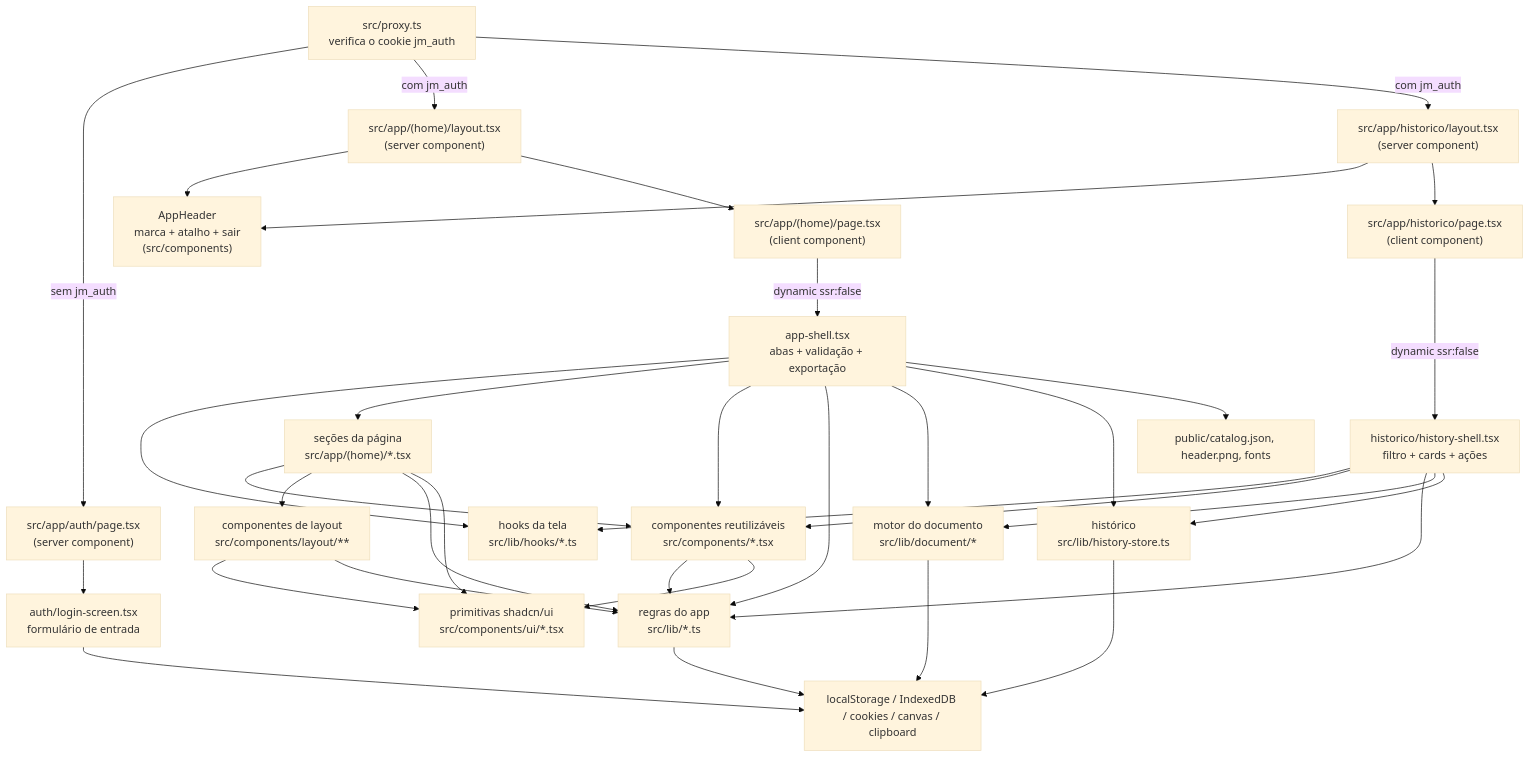
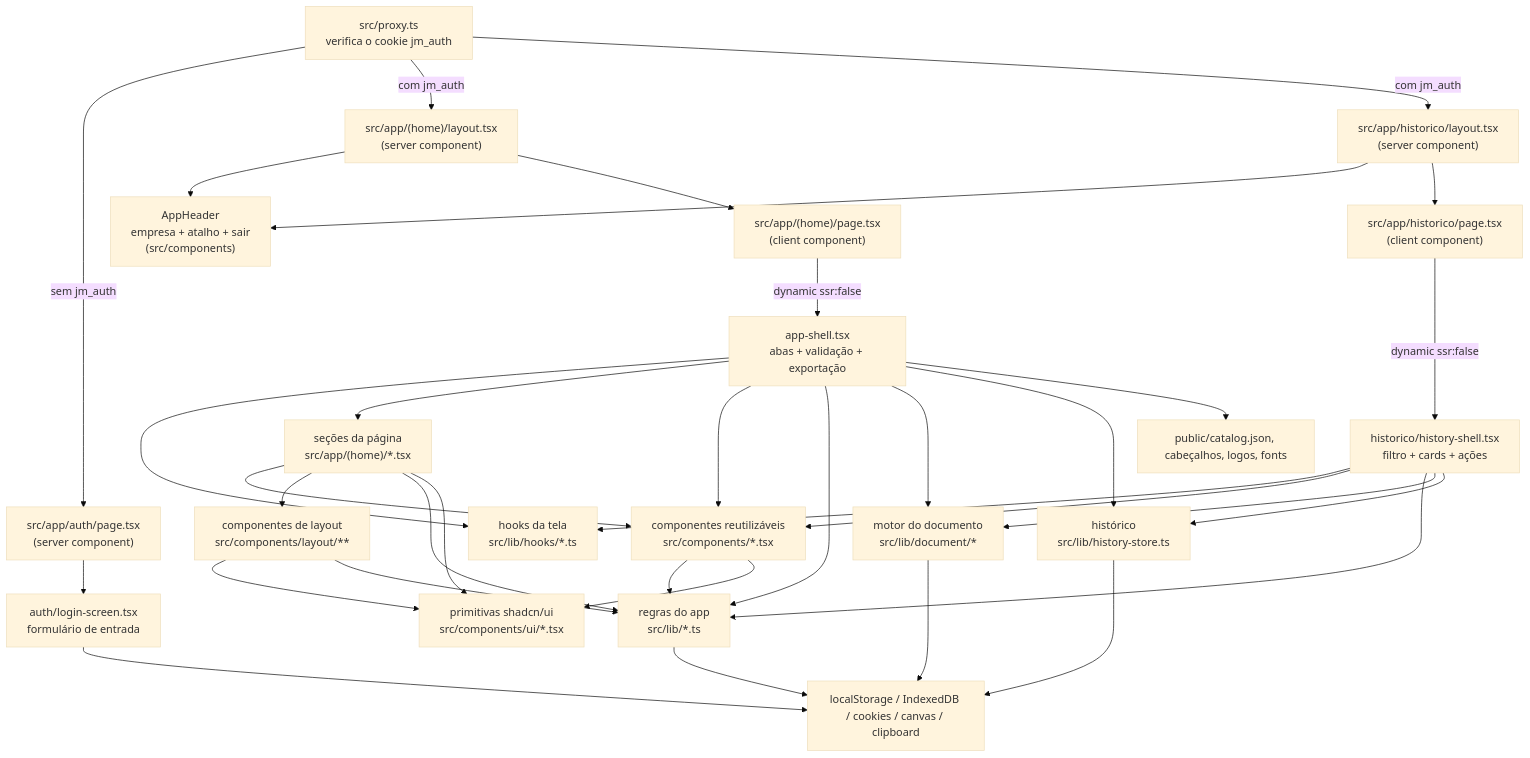
Before and after one commit to mariaamelco/site-para-or-amento: the first of 2 diagrams in docs/ARCHITECTURE.md, drawn with Mermaid (base theme). The commit also changed other lines of this file and 32 other files, not shown here.

````diff
--- a/docs/ARCHITECTURE.md
+++ b/docs/ARCHITECTURE.md
@@ -28,57 +28,57 @@
 ```mermaid
 flowchart TD
   Proxy["src/proxy.ts<br/>verifica o cookie jm_auth"]
   Layout["src/app/(home)/layout.tsx<br/>(server component)"]
   HistLayout["src/app/historico/layout.tsx<br/>(server component)"]
-  Header["AppHeader<br/>marca + atalho + sair<br/>(src/components)"]
+  Header["AppHeader<br/>empresa + atalho + sair<br/>(src/components)"]
   Page["src/app/(home)/page.tsx<br/>(client component)"]
   HistPage["src/app/historico/page.tsx<br/>(client component)"]
   Auth["src/app/auth/page.tsx<br/>(server component)"]
   Login["auth/login-screen.tsx<br/>formulário de entrada"]
   Shell["app-shell.tsx<br/>abas + validação + exportação"]
   HistShell["historico/history-shell.tsx<br/>filtro + cards + ações"]
   Hooks["hooks da tela<br/>src/lib/hooks/*.ts"]
   Sections["seções da página<br/>src/app/(home)/*.tsx"]
   Shared["componentes reutilizáveis<br/>src/components/*.tsx"]
   Layouts["componentes de layout<br/>src/components/layout/**"]
   UI["primitivas shadcn/ui<br/>src/components/ui/*.tsx"]
   Lib["regras do app<br/>src/lib/*.ts"]
   Doc["motor do documento<br/>src/lib/document/*"]
   Store["histórico<br/>src/lib/history-store.ts"]
   Browser["localStorage / IndexedDB / cookies / canvas / clipboard"]
-  Static["public/catalog.json, header.png, fonts"]
+  Static["public/catalog.json, cabeçalhos, logos, fonts"]
 
   Proxy -->|sem jm_auth| Auth --> Login
   Proxy -->|com jm_auth| Layout
   Proxy -->|com jm_auth| HistLayout
   Layout --> Header
   HistLayout --> Header
   Layout --> Page
   HistLayout --> HistPage
   Login --> Browser
   Page -->|dynamic ssr:false| Shell
   HistPage -->|dynamic ssr:false| HistShell
   Shell --> Hooks
   Shell --> Sections
   Shell --> Shared
   HistShell --> Hooks
   HistShell --> Shared
   Sections --> Shared
   Sections --> Layouts
   Sections --> Lib
   Shared --> Lib
   Layouts --> UI
   Layouts --> Lib
   Shell --> Lib
   Shell --> Doc
   Shell --> Store
   HistShell --> Lib
   HistShell --> Doc
   HistShell --> Store
   Sections --> UI
   Shared --> UI
   Lib --> Browser
   Doc --> Browser
   Store --> Browser
   Shell --> Static
 ```
````
